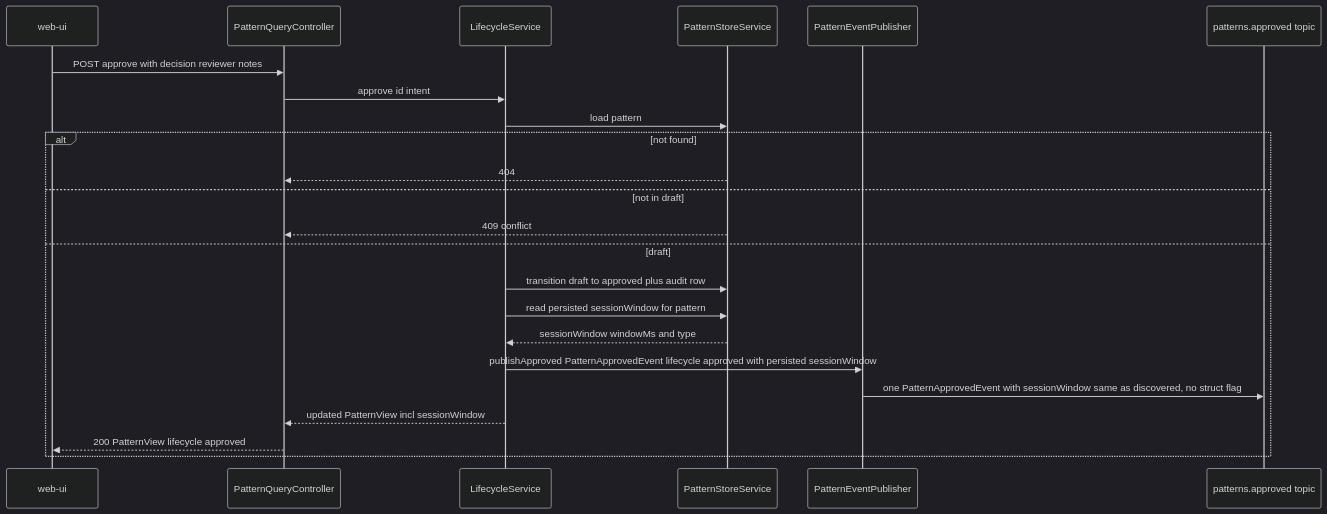
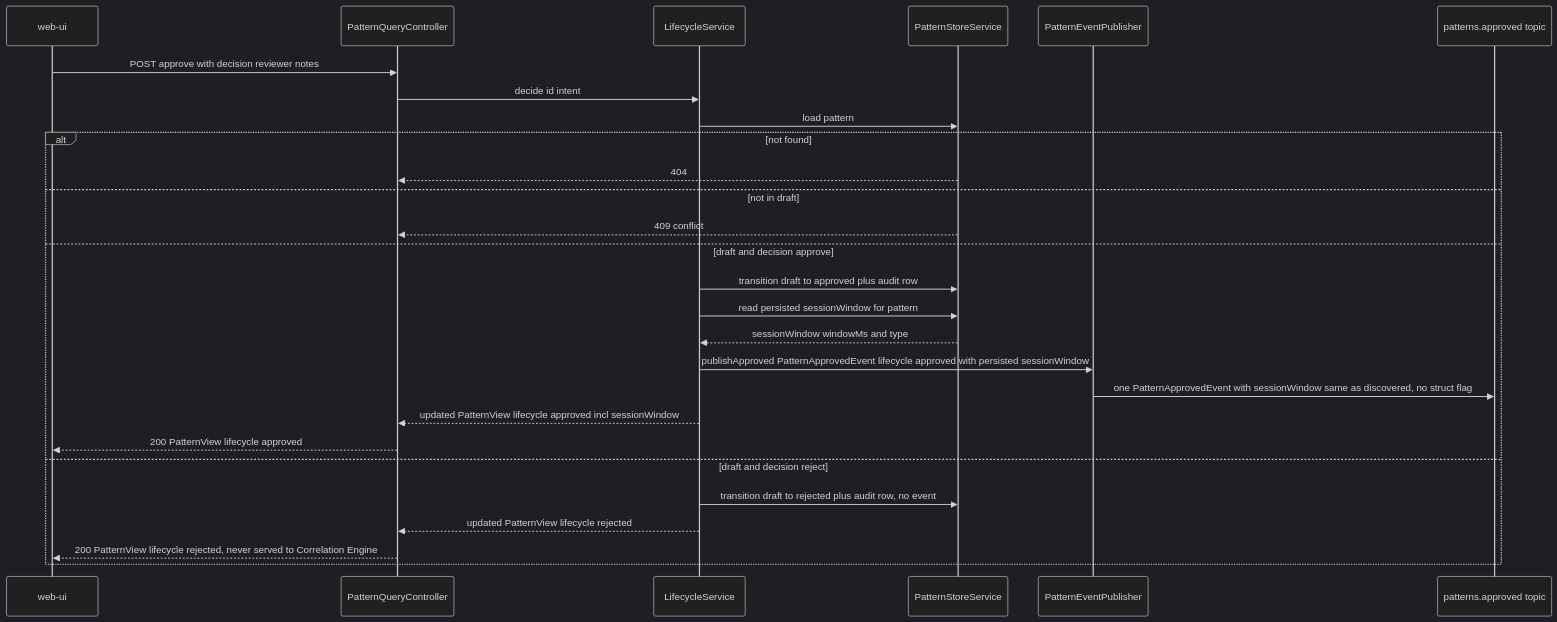
One commit to nikhilmohan/correlation-platform changed the fifth of 9 diagrams in services/pattern-manager/design.md. Above: the diagram before and after it, drawn with Mermaid (dark theme). The commit also changed other lines of this file and 1 other file, not shown here.

````diff
--- a/services/pattern-manager/design.md
+++ b/services/pattern-manager/design.md
@@ -571,25 +606,29 @@
 ```mermaid
 sequenceDiagram
   participant U as web-ui
   participant A as PatternQueryController
   participant L as LifecycleService
   participant S as PatternStoreService
   participant E as PatternEventPublisher
   participant Q as patterns.approved topic
   U->>A: POST approve with decision reviewer notes
-  A->>L: approve id intent
+  A->>L: decide id intent
   L->>S: load pattern
   alt not found
     S-->>A: 404
   else not in draft
     S-->>A: 409 conflict
-  else draft
+  else draft and decision approve
     L->>S: transition draft to approved plus audit row
     L->>S: read persisted sessionWindow for pattern
     S-->>L: sessionWindow windowMs and type
     L->>E: publishApproved PatternApprovedEvent lifecycle approved with persisted sessionWindow
     E->>Q: one PatternApprovedEvent with sessionWindow same as discovered, no struct flag
-    L-->>A: updated PatternView incl sessionWindow
+    L-->>A: updated PatternView lifecycle approved incl sessionWindow
     A-->>U: 200 PatternView lifecycle approved
+  else draft and decision reject
+    L->>S: transition draft to rejected plus audit row, no event
+    L-->>A: updated PatternView lifecycle rejected
+    A-->>U: 200 PatternView lifecycle rejected, never served to Correlation Engine
   end
 ```
````
